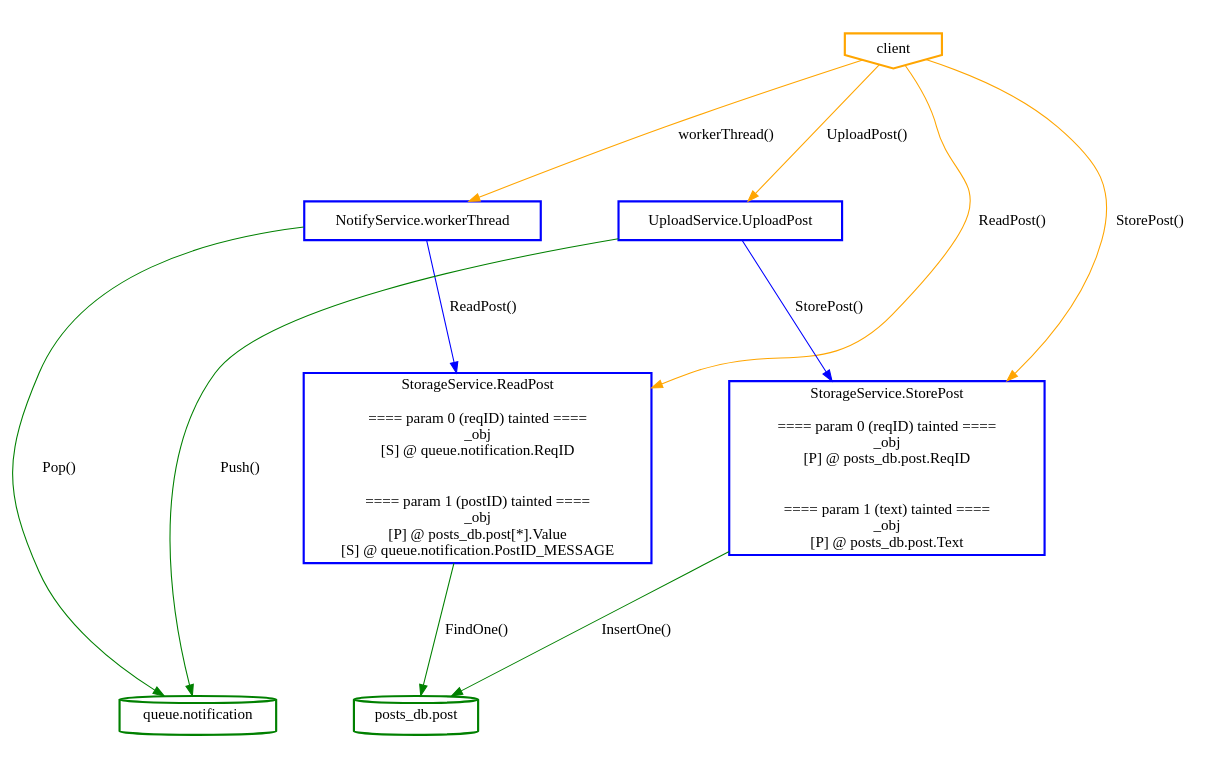
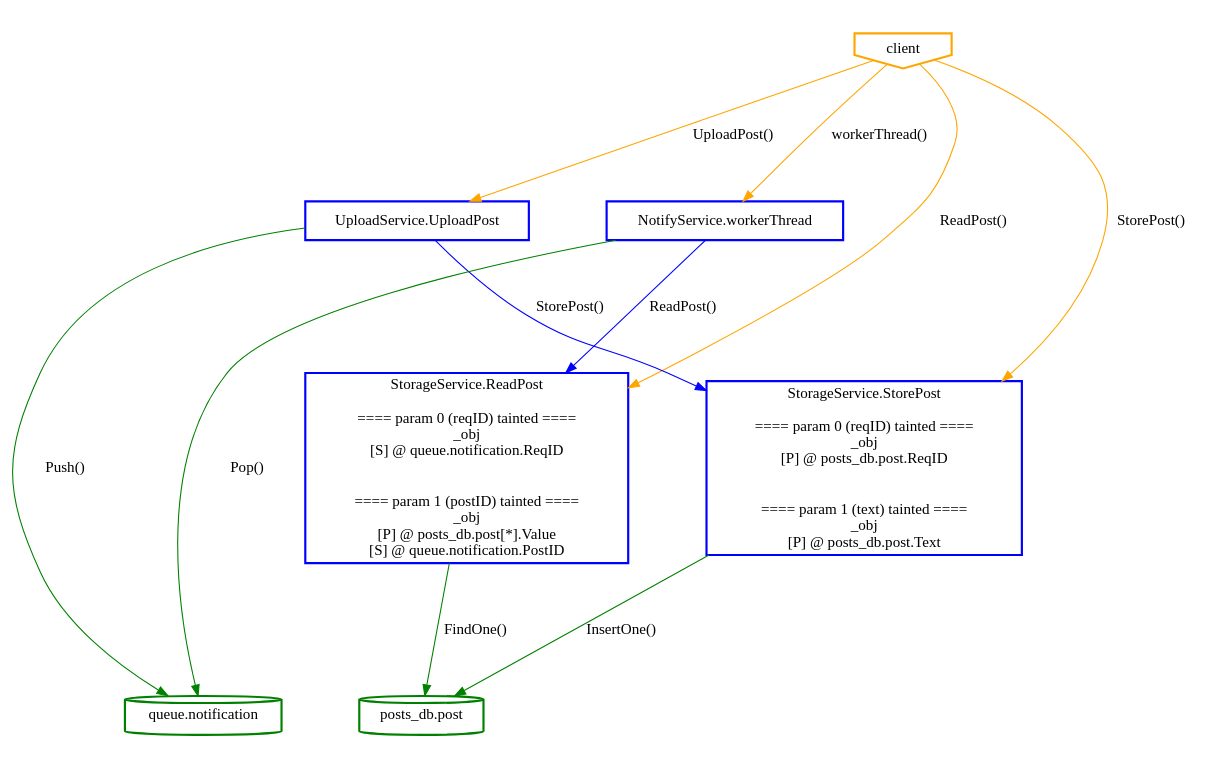
The diagram in ssa_analysis/analyzer/output/blueprint/postnotification/notifyservice_run/abstractcallgraph_detailed.dot (aletheia-microservices/aletheia), drawn with Graphviz before and after one commit. The commit also changed 24 other files, not shown here.

Commit message:
feat(app): export schema to json file

```diff
--- a/ssa_analysis/analyzer/output/blueprint/postnotification/notifyservice_run/abstractcallgraph_detailed.dot
+++ b/ssa_analysis/analyzer/output/blueprint/postnotification/notifyservice_run/abstractcallgraph_detailed.dot
@@ -1,52 +1,52 @@
 digraph G {
 	rankdir=TD;
 	ranksep=1.5;
 	nodesep=1;
 	subgraph cluster_clients {
 		style=invis;
 		N_client [label="client", style=bold, shape=invhouse, color="orange"];
 	}
 	subgraph cluster_services {
 		style=invis;
-		N_NotifyService_workerThread [label="NotifyService.workerThread", style=bold, shape=box, color="blue"];
 		N_StorageService_ReadPost [label="StorageService.ReadPost
 
 ==== param 0 (reqID) tainted ====
 _obj
 [S] @ queue.notification.ReqID
 
 
 ==== param 1 (postID) tainted ====
 _obj
 [P] @ posts_db.post[*].Value
-[S] @ queue.notification.PostID_MESSAGE
+[S] @ queue.notification.PostID
 ", style=bold, shape=box, color="blue"];
 		N_UploadService_UploadPost [label="UploadService.UploadPost", style=bold, shape=box, color="blue"];
 		N_StorageService_StorePost [label="StorageService.StorePost
 
 ==== param 0 (reqID) tainted ====
 _obj
 [P] @ posts_db.post.ReqID
 
 
 ==== param 1 (text) tainted ====
 _obj
 [P] @ posts_db.post.Text
 ", style=bold, shape=box, color="blue"];
+		N_NotifyService_workerThread [label="NotifyService.workerThread", style=bold, shape=box, color="blue"];
 	}
 	subgraph cluster_databases {
 		style=invis;
 		N_posts_db_post [label="posts_db.post", style=bold, shape=cylinder, color="green"];
 		N_queue_notification [label="queue.notification", style=bold, shape=cylinder, color="green"];
 	}
-	N_client -> N_UploadService_UploadPost [label="UploadPost()", color=orange];
-	N_NotifyService_workerThread -> N_StorageService_ReadPost [label="ReadPost()", color=blue];
-	N_client -> N_StorageService_ReadPost [label="ReadPost()", color=orange];
+	N_StorageService_StorePost -> N_posts_db_post [label="InsertOne()", color=green];
+	N_NotifyService_workerThread -> N_queue_notification [label="Pop()", color=green];
 	N_StorageService_ReadPost -> N_posts_db_post [label="FindOne()", color=green];
 	N_UploadService_UploadPost -> N_StorageService_StorePost [label="StorePost()", color=blue];
 	N_UploadService_UploadPost -> N_queue_notification [label="Push()", color=green];
 	N_client -> N_StorageService_StorePost [label="StorePost()", color=orange];
-	N_StorageService_StorePost -> N_posts_db_post [label="InsertOne()", color=green];
+	N_client -> N_StorageService_ReadPost [label="ReadPost()", color=orange];
+	N_client -> N_UploadService_UploadPost [label="UploadPost()", color=orange];
 	N_client -> N_NotifyService_workerThread [label="workerThread()", color=orange];
-	N_NotifyService_workerThread -> N_queue_notification [label="Pop()", color=green];
+	N_NotifyService_workerThread -> N_StorageService_ReadPost [label="ReadPost()", color=blue];
 }
```
